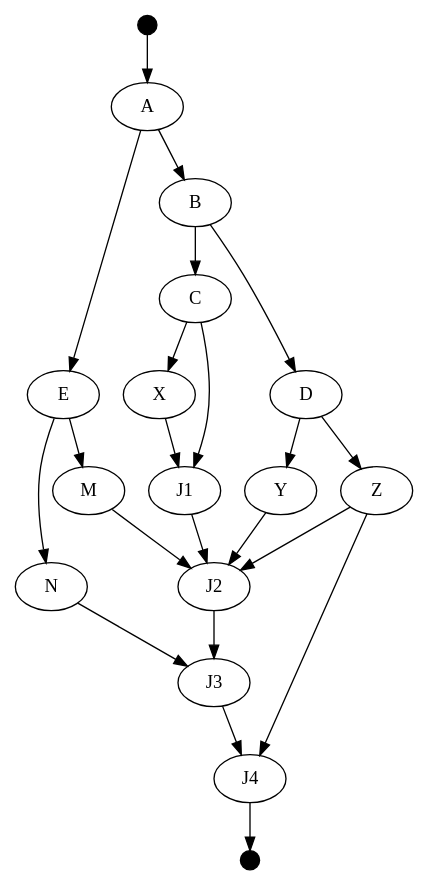
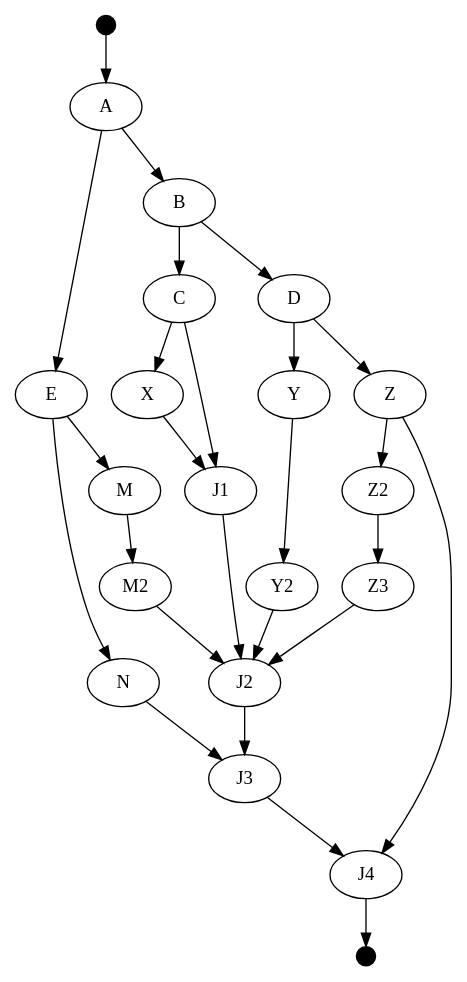
The diagram in graphs/unstr1.gv (jindrapetrik/graphs), drawn with Graphviz before and after one commit. The commit also changed 9 other files, not shown here.

```diff
--- a/graphs/unstr1.gv
+++ b/graphs/unstr1.gv
@@ -1,25 +1,24 @@
 digraph for {
 start [shape="point" width="0.2"]
 end [shape="point" width="0.2"]
 start -> A;
 A -> E;
 A -> B;
 E -> N;
-E  -> M;
+E  -> M->M2;
 B -> C;
 B -> D;
-C -> X;
+C -> X -> J1;
 C -> J1;
-X -> J1;
-D -> Y;
+D -> Y->Y2;
 D -> Z;
-M -> J2;
+M2 -> J2;
 J1 -> J2;
-Y -> J2;
-Z -> J2;
+Y2 -> J2;
+Z -> Z2->Z3-> J2;
 J2 -> J3;
 N -> J3;
 Z -> J4;
 J3 -> J4;
 J4 -> end;
 }
```
